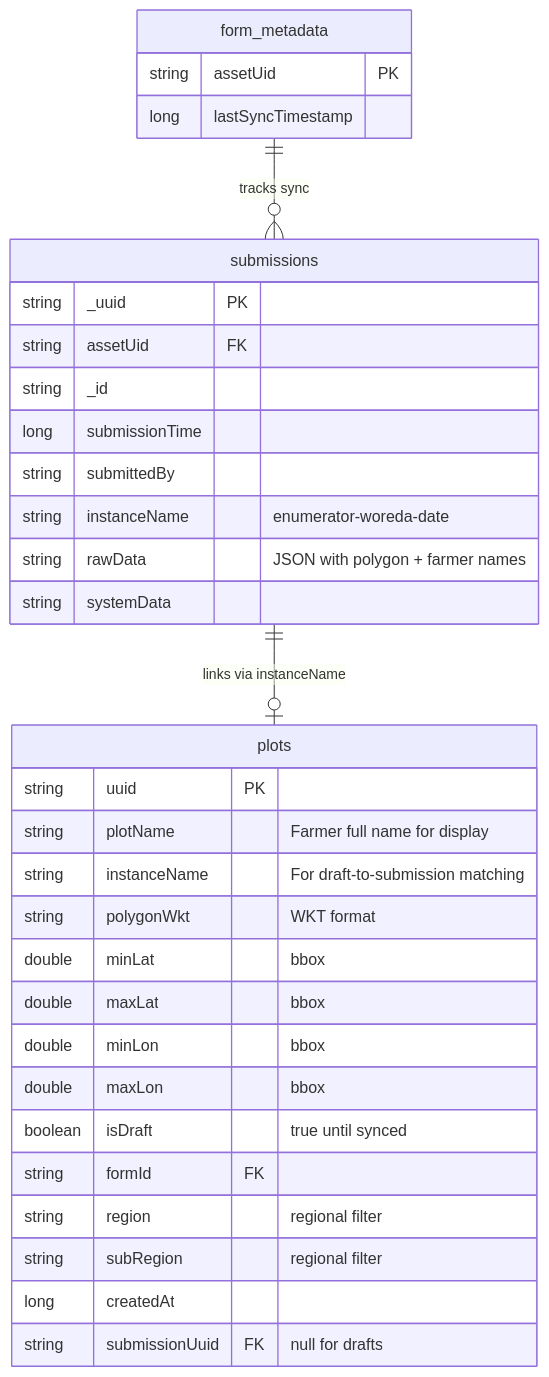
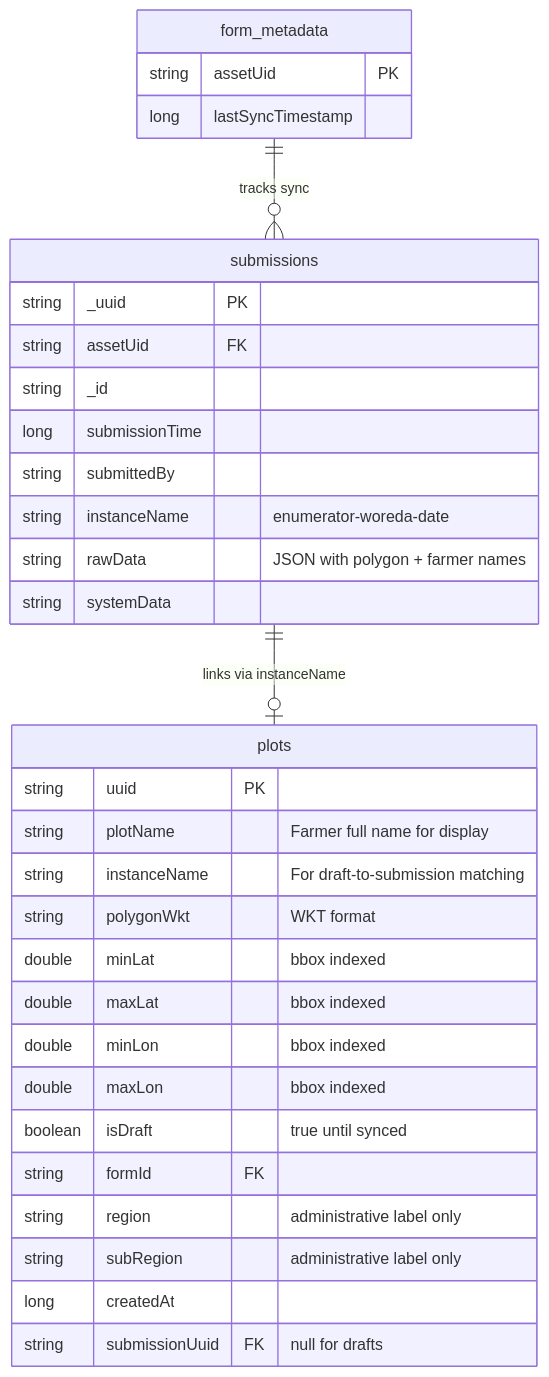
Before and after one commit to akvo/external-odk: the first of 6 diagrams in docs/polygon-validation-implementation-plan.md, drawn with Mermaid. The commit also changed other lines of this file and 8 other files, not shown here.

First line of the commit message:
[#13] fix: simplify overlap detection to use bbox only, remove region filter

````diff
--- a/docs/polygon-validation-implementation-plan.md
+++ b/docs/polygon-validation-implementation-plan.md
@@ -19,38 +19,38 @@
 ```mermaid
 erDiagram
     submissions {
         string _uuid PK
         string assetUid FK
         string _id
         long submissionTime
         string submittedBy
         string instanceName "enumerator-woreda-date"
         string rawData "JSON with polygon + farmer names"
         string systemData
     }
 
     plots {
         string uuid PK
         string plotName "Farmer full name for display"
         string instanceName "For draft-to-submission matching"
         string polygonWkt "WKT format"
-        double minLat "bbox"
-        double maxLat "bbox"
-        double minLon "bbox"
-        double maxLon "bbox"
+        double minLat "bbox indexed"
+        double maxLat "bbox indexed"
+        double minLon "bbox indexed"
+        double maxLon "bbox indexed"
         boolean isDraft "true until synced"
         string formId FK
-        string region "regional filter"
-        string subRegion "regional filter"
+        string region "administrative label only"
+        string subRegion "administrative label only"
         long createdAt
         string submissionUuid FK "null for drafts"
     }
 
     form_metadata {
         string assetUid PK
         long lastSyncTimestamp
     }
 
     submissions ||--o| plots : "links via instanceName"
     form_metadata ||--o{ submissions : "tracks sync"
 ```
````
